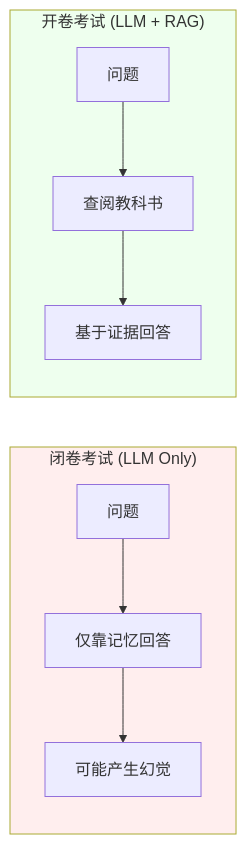
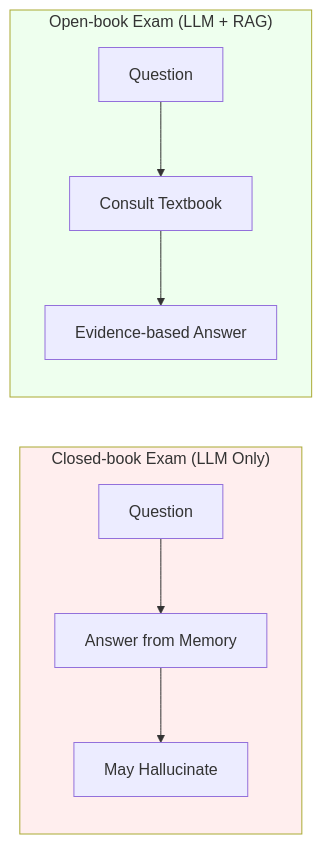
Before and after one commit to YiWang24/AiDIY: the first of 15 diagrams in docs/ai/rag/01-introduction.mdx, drawn with Mermaid. The commit also changed other lines of this file and 10 other files, not shown here.

First line of the commit message:
docs: enhance RAG documentation and fix Mermaid diagrams

````diff
--- a/docs/ai/rag/01-introduction.mdx
+++ b/docs/ai/rag/01-introduction.mdx
@@ -52,15 +52,15 @@
 ```mermaid
 flowchart LR
-    subgraph A["闭卷考试 (LLM Only)"]
-        A1["问题"] --> A2["仅靠记忆回答"]
-        A2 --> A3["可能产生幻觉"]
+    subgraph A["Closed-book Exam (LLM Only)"]
+        A1["Question"] --> A2["Answer from Memory"]
+        A2 --> A3["May Hallucinate"]
     end
 
-    subgraph B["开卷考试 (LLM + RAG)"]
-        B1["问题"] --> B2["查阅教科书"]
-        B2 --> B3["基于证据回答"]
+    subgraph B["Open-book Exam (LLM + RAG)"]
+        B1["Question"] --> B2["Consult Textbook"]
+        B2 --> B3["Evidence-based Answer"]
     end
 
     style A fill:#ffeeee
     style B fill:#eeffee
 ```
````
